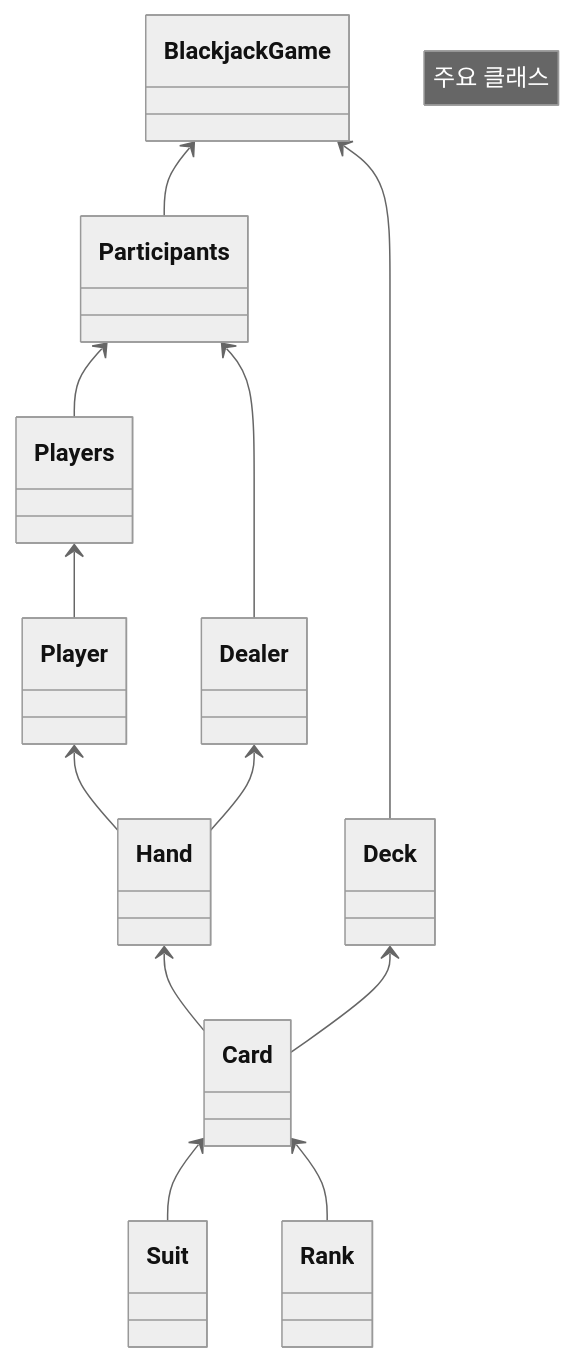
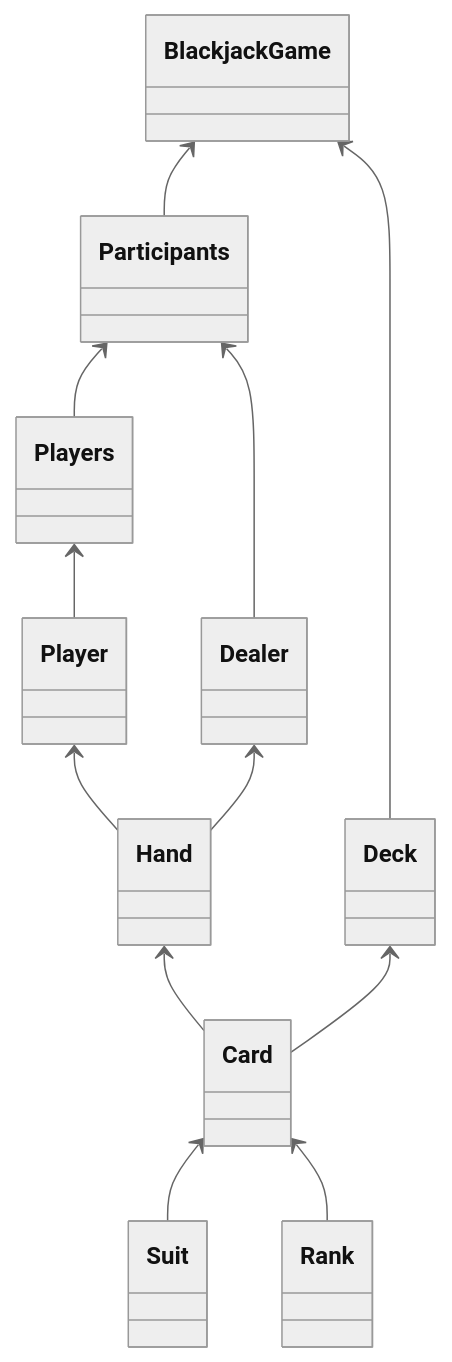
One commit to woowacourse/java-blackjack changed the first of 3 diagrams in README.md. Above: the diagram before and after it, drawn with Mermaid (neutral theme). The commit also changed other lines of this file, not shown here.

Commit message:
docs: IDE가 지원하는 mermaid 문법만 사용

````diff
--- a/README.md
+++ b/README.md
@@ -10,15 +11,14 @@
 ```mermaid
-classDiagram-v2
-    note "주요 클래스"
-    BlackjackGame <-- Participants
-    BlackjackGame <-- Deck
-    Participants <-- Dealer
-    Participants <-- Players
-    Players <-- Player
-    Hand <-- Card
-    Card <-- Suit
-    Card <-- Rank
-    Deck <-- Card
-    Player <-- Hand
-    Dealer <-- Hand
+classDiagram
+BlackjackGame <-- Participants
+BlackjackGame <-- Deck
+Participants <-- Dealer
+Participants <-- Players
+Players <-- Player
+Hand <-- Card
+Card <-- Suit
+Card <-- Rank
+Deck <-- Card
+Player <-- Hand
+Dealer <-- Hand
 ```
````
